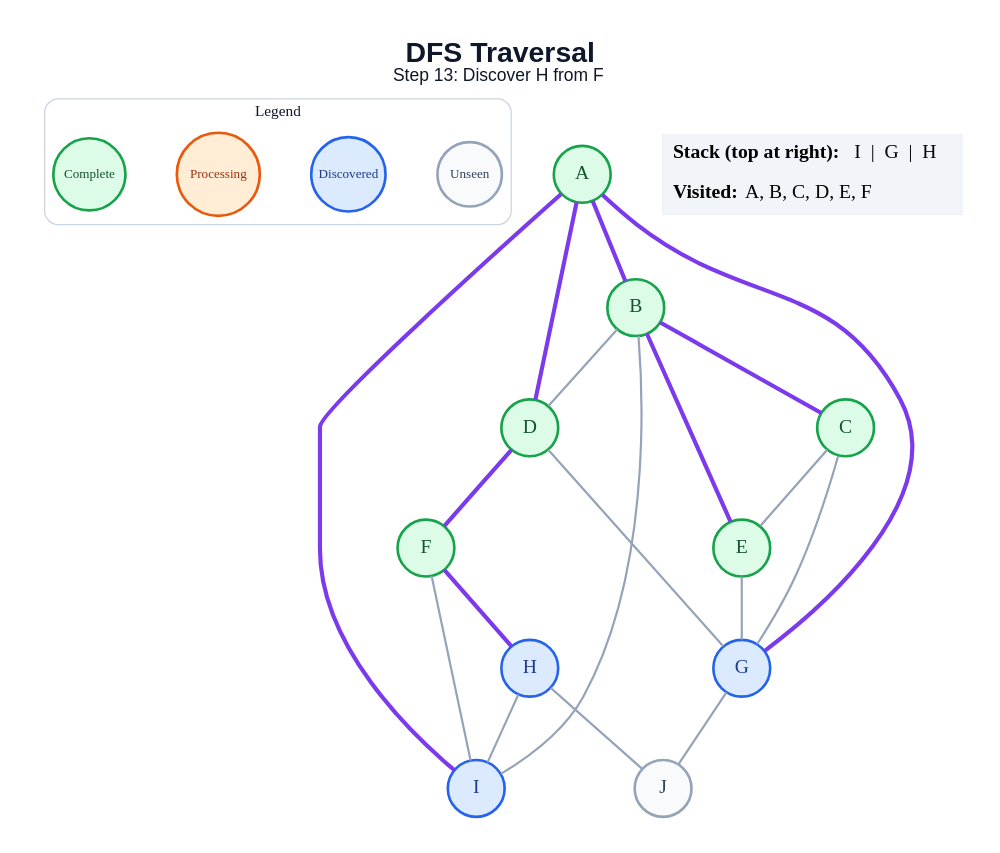
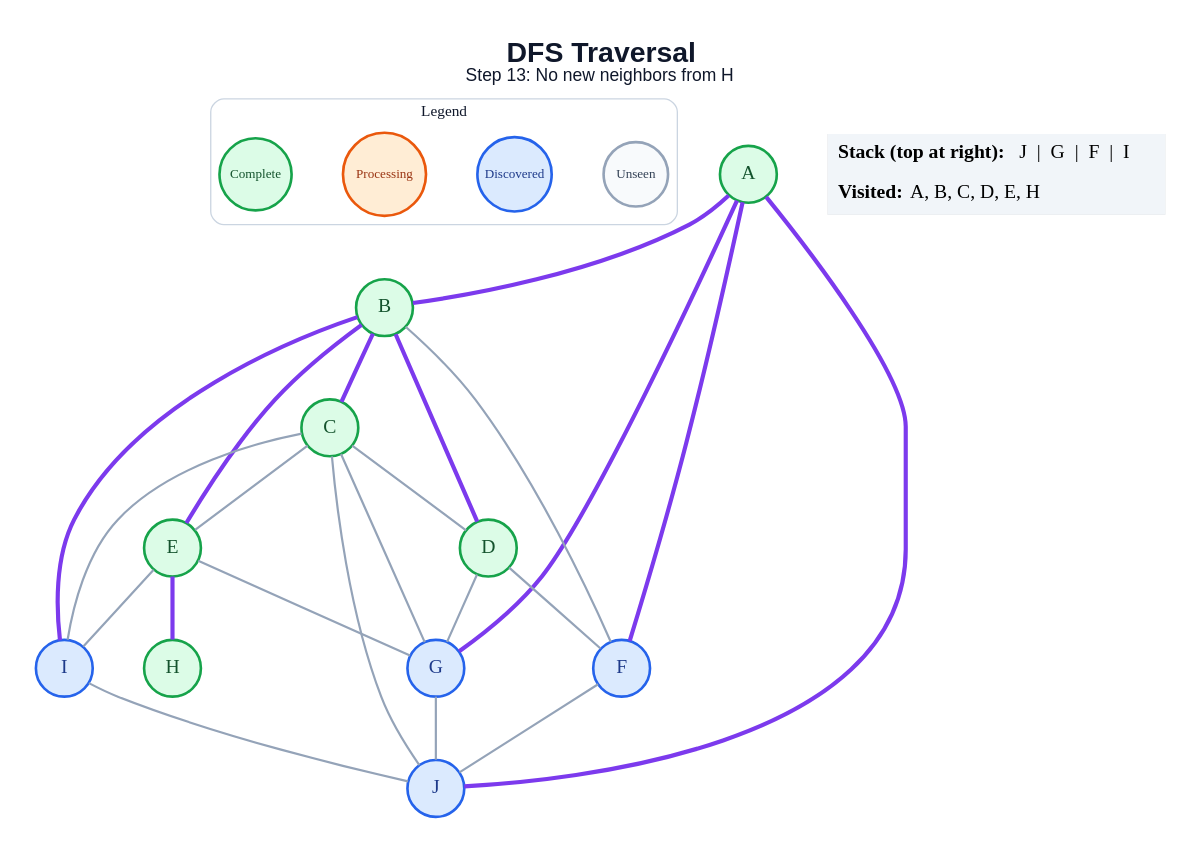
Before and after one commit to amanghodawala9/ai-slop: the diagram in generated/dfs/step_13.dot, drawn with Graphviz. The commit also changed 178 other files, not shown here.

```diff
--- a/generated/dfs/step_13.dot
+++ b/generated/dfs/step_13.dot
@@ -1,47 +1,51 @@
 graph traversal {
   graph [layout=dot, rankdir=TB, bgcolor="#FFFFFF", pad="0.35", nodesep="0.65", ranksep="0.8", fontname="Arial"];
   node [shape=circle, style="filled", fontname="Arial Bold", fontsize=18, width=0.72, fixedsize=true, penwidth=2.4];
   edge [color="#94A3B8", penwidth=2.0];
-  label=<<B>DFS Traversal</B><BR/><FONT POINT-SIZE="16">Step 13: Discover H from F</FONT>>; labelloc="t"; fontsize=26; fontname="Arial"; fontcolor="#0F172A";
+  label=<<B>DFS Traversal</B><BR/><FONT POINT-SIZE="16">Step 13: No new neighbors from H</FONT>>; labelloc="t"; fontsize=26; fontname="Arial"; fontcolor="#0F172A";
   subgraph cluster_legend { label="Legend"; color="#CBD5E1"; penwidth=1.2; style="rounded"; fontsize=14; fontname="Arial Bold";
     key_unseen [label="Unseen", fillcolor="#F8FAFC", color="#94A3B8", fontcolor="#334155", fontsize=12, width=0.82];
     key_frontier [label="Discovered", fillcolor="#DBEAFE", color="#2563EB", fontcolor="#1E3A8A", fontsize=12, width=0.95];
     key_current [label="Processing", fillcolor="#FFEDD5", color="#EA580C", fontcolor="#9A3412", fontsize=12, width=1.05];
     key_done [label="Complete", fillcolor="#DCFCE7", color="#16A34A", fontcolor="#14532D", fontsize=12, width=0.92];
     { rank=same; key_unseen; key_frontier; key_current; key_done; }
   }
   A [fillcolor="#DCFCE7", color="#16A34A", fontcolor="#14532D"];
   B [fillcolor="#DCFCE7", color="#16A34A", fontcolor="#14532D"];
   C [fillcolor="#DCFCE7", color="#16A34A", fontcolor="#14532D"];
   D [fillcolor="#DCFCE7", color="#16A34A", fontcolor="#14532D"];
   E [fillcolor="#DCFCE7", color="#16A34A", fontcolor="#14532D"];
-  F [fillcolor="#DCFCE7", color="#16A34A", fontcolor="#14532D"];
+  F [fillcolor="#DBEAFE", color="#2563EB", fontcolor="#1E3A8A"];
   G [fillcolor="#DBEAFE", color="#2563EB", fontcolor="#1E3A8A"];
-  H [fillcolor="#DBEAFE", color="#2563EB", fontcolor="#1E3A8A"];
+  H [fillcolor="#DCFCE7", color="#16A34A", fontcolor="#14532D"];
   I [fillcolor="#DBEAFE", color="#2563EB", fontcolor="#1E3A8A"];
-  J [fillcolor="#F8FAFC", color="#94A3B8", fontcolor="#334155"];
+  J [fillcolor="#DBEAFE", color="#2563EB", fontcolor="#1E3A8A"];
   A -- B [color="#7C3AED", penwidth=3.8];
-  A -- D [color="#7C3AED", penwidth=3.8];
+  A -- F [color="#7C3AED", penwidth=3.8];
   A -- G [color="#7C3AED", penwidth=3.8];
-  A -- I [color="#7C3AED", penwidth=3.8];
+  A -- J [color="#7C3AED", penwidth=3.8];
   B -- C [color="#7C3AED", penwidth=3.8];
-  B -- D;
+  B -- D [color="#7C3AED", penwidth=3.8];
   B -- E [color="#7C3AED", penwidth=3.8];
-  B -- I;
+  B -- F;
+  B -- I [color="#7C3AED", penwidth=3.8];
+  C -- D;
   C -- E;
   C -- G;
-  D -- F [color="#7C3AED", penwidth=3.8];
+  C -- I;
+  C -- J;
+  D -- F;
   D -- G;
   E -- G;
-  F -- H [color="#7C3AED", penwidth=3.8];
-  F -- I;
+  E -- H [color="#7C3AED", penwidth=3.8];
+  E -- I;
+  F -- J;
   G -- J;
-  H -- I;
-  H -- J;
+  I -- J;
   status [shape=plain, fixedsize=false, width=0, height=0, margin=0, label=<
     <TABLE BORDER="0" CELLBORDER="0" CELLPADDING="7" BGCOLOR="#F1F5F9">
-      <TR><TD ALIGN="LEFT"><B>Stack (top at right):</B> I  |  G  |  H</TD></TR>
-      <TR><TD ALIGN="LEFT"><B>Visited:</B> A, B, C, D, E, F</TD></TR>
+      <TR><TD ALIGN="LEFT"><B>Stack (top at right):</B> J  |  G  |  F  |  I</TD></TR>
+      <TR><TD ALIGN="LEFT"><B>Visited:</B> A, B, C, D, E, H</TD></TR>
     </TABLE>
   >];
 }
```
